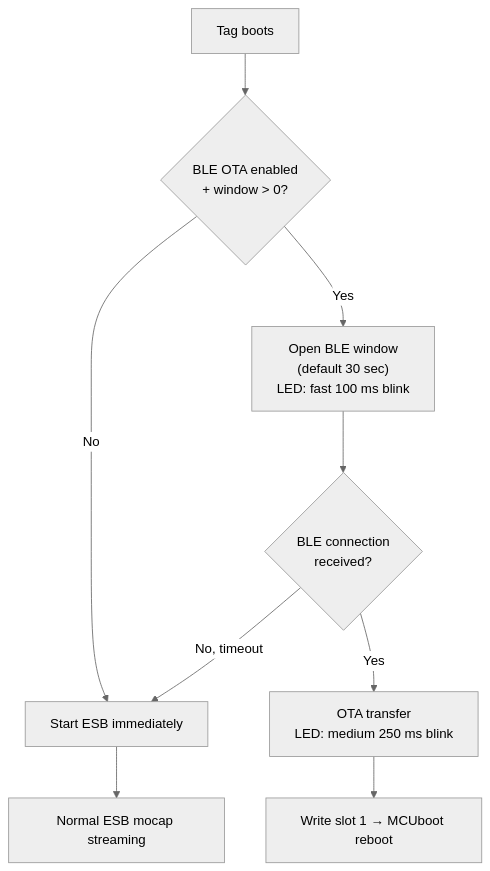
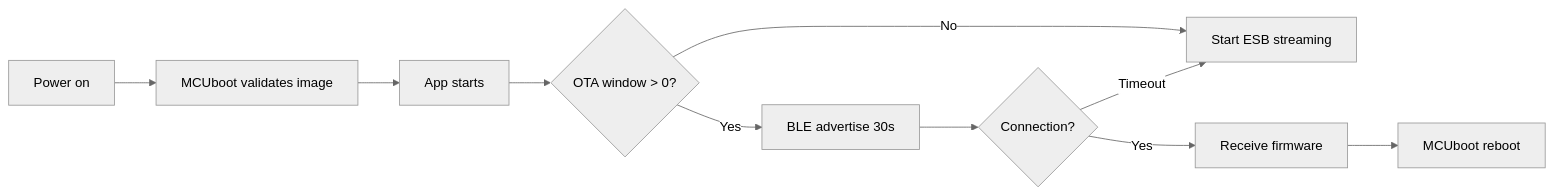
One commit to Mrunmoy/HelixDrift changed the seventh of 7 diagrams in docs/RF_PROTOCOL_REFERENCE.md. Above: the diagram before and after it, drawn with Mermaid (neutral theme). The commit also changed other lines of this file, not shown here.

````diff
--- a/docs/RF_PROTOCOL_REFERENCE.md
+++ b/docs/RF_PROTOCOL_REFERENCE.md
@@ -442,11 +1062,12 @@
 ```mermaid
-flowchart TD
-    Boot["Tag boots"] --> OTA{"BLE OTA enabled<br/>+ window > 0?"}
-    OTA -- No --> ESB["Start ESB immediately"]
-    OTA -- Yes --> Window["Open BLE window<br/>(default 30 sec)<br/>LED: fast 100 ms blink"]
-    Window --> Connected{"BLE connection<br/>received?"}
-    Connected -- Yes --> Transfer["OTA transfer<br/>LED: medium 250 ms blink"]
-    Transfer --> Reboot["Write slot 1 → MCUboot reboot"]
-    Connected -- No, timeout --> ESB
-    ESB --> Normal["Normal ESB mocap streaming"]
+flowchart LR
+    Boot["Power on"] --> MCU["MCUboot validates image"]
+    MCU --> App["App starts"]
+    App --> Check{"OTA window > 0?"}
+    Check -- No --> ESB["Start ESB streaming"]
+    Check -- Yes --> BLE["BLE advertise 30s"]
+    BLE --> Conn{"Connection?"}
+    Conn -- Yes --> OTA["Receive firmware"]
+    OTA --> Reboot["MCUboot reboot"]
+    Conn -- Timeout --> ESB
 ```
````
